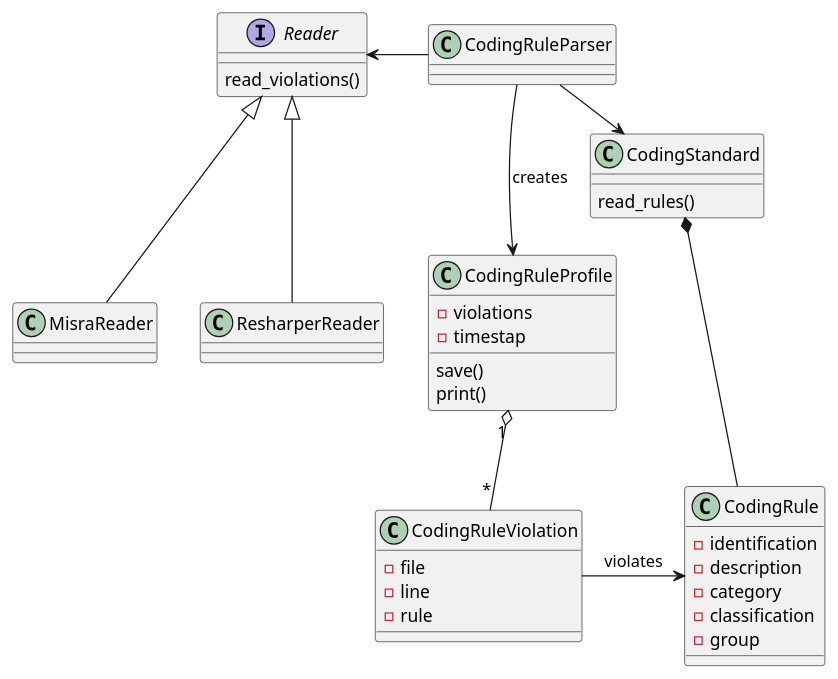
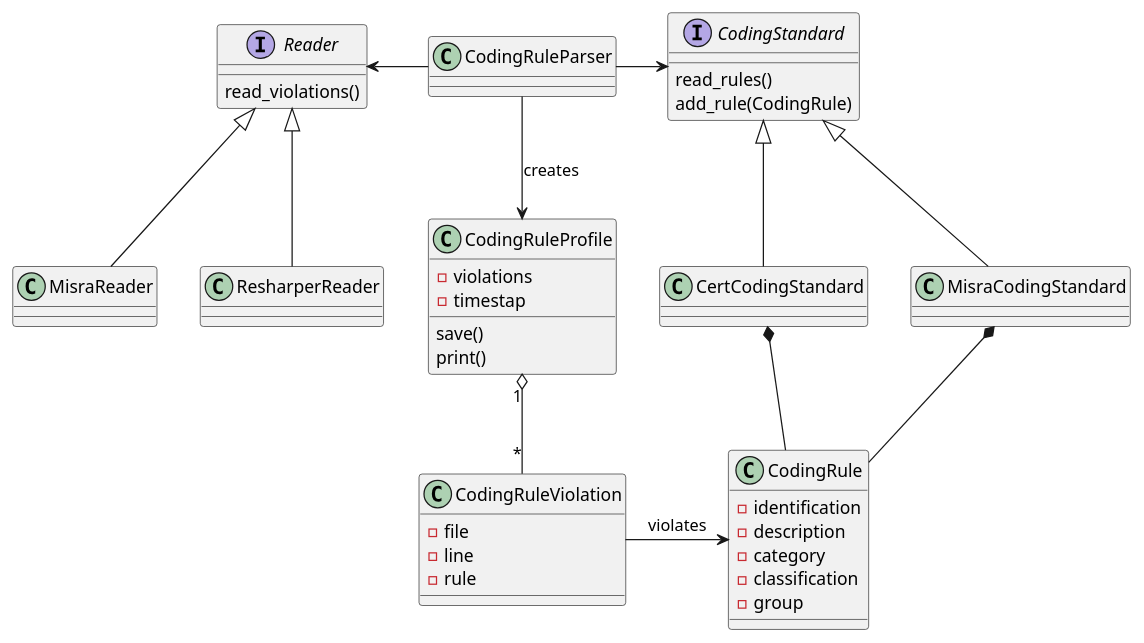
The diagram in doc/coding_rules.puml (rschuitema/sqatt), drawn with PlantUML before and after one commit.

Commit message:
update design

```diff
--- a/doc/coding_rules.puml
+++ b/doc/coding_rules.puml
@@ -1,52 +1,59 @@
 @startuml
 
-class CodingStandard {
+interface CodingStandard {
   read_rules()
+  add_rule(CodingRule)
 }
+
+class MisraCodingStandard
+class CertCodingStandard
 
 class CodingRule {
   -identification
   -description
   -category
   -classification
   -group
 }
 
 class CodingRuleViolation {
   -file
   -line
   -rule
 }
 
 class CodingRuleProfile {
   -violations
   -timestap
   save()
   print()
 }
 
 class CodingRuleParser
 
 interface Reader {
   read_violations()
 }
 
 class MisraReader
 class ResharperReader
 
-CodingStandard *-- CodingRule
+CodingStandard <|-- MisraCodingStandard
+CodingStandard <|-- CertCodingStandard
+MisraCodingStandard *-- CodingRule
+CertCodingStandard *-- CodingRule
 CodingRuleParser -> CodingStandard
 CodingRuleParser -down-> CodingRuleProfile : creates
 Reader <- CodingRuleParser
 
 CodingRuleViolation -> CodingRule : violates
 CodingRuleProfile "1" o-- "*" CodingRuleViolation
 
 
 
 
 
 Reader <|-- MisraReader
 Reader <|-- ResharperReader
 
 @enduml
```
